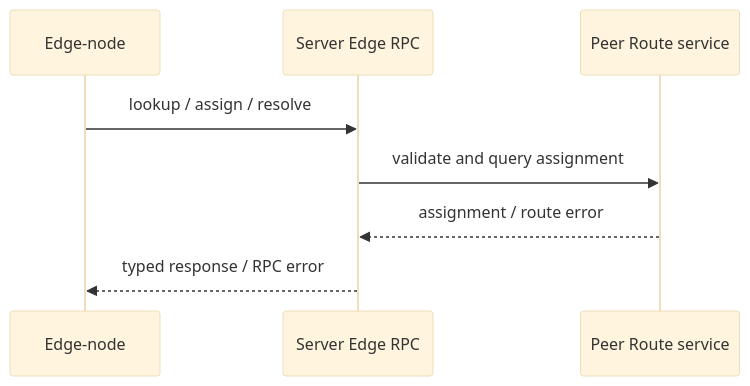
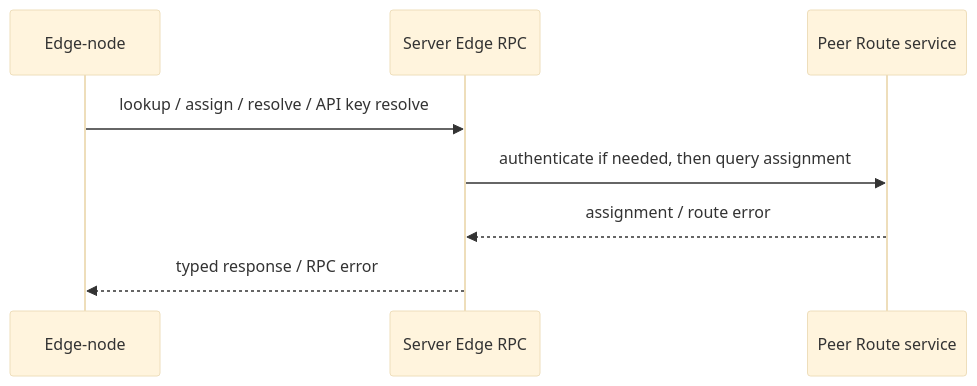
Before and after one commit to GizClaw/gizclaw: the diagram in guides/zh/developing/api/proto/rpc/server-provided-to-edge-node.md, drawn with Mermaid (base theme). The commit also changed other lines of this file and 73 other files, not shown here.

First line of the commit message:
edge: route API keys and secure HTTP listeners (#1066)

````diff
--- a/guides/zh/developing/api/proto/rpc/server-provided-to-edge-node.md
+++ b/guides/zh/developing/api/proto/rpc/server-provided-to-edge-node.md
@@ -9,10 +9,10 @@
 ```mermaid
 sequenceDiagram
     participant Edge as Edge-node
     participant Server as Server Edge RPC
     participant Route as Peer Route service
-    Edge->>Server: lookup / assign / resolve
-    Server->>Route: validate and query assignment
+    Edge->>Server: lookup / assign / resolve / API key resolve
+    Server->>Route: authenticate if needed, then query assignment
     Route-->>Server: assignment / route error
     Server-->>Edge: typed response / RPC error
 ```
````
